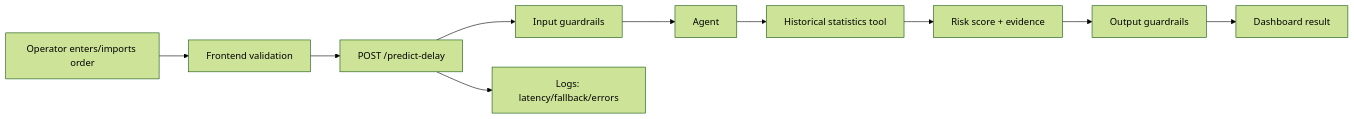
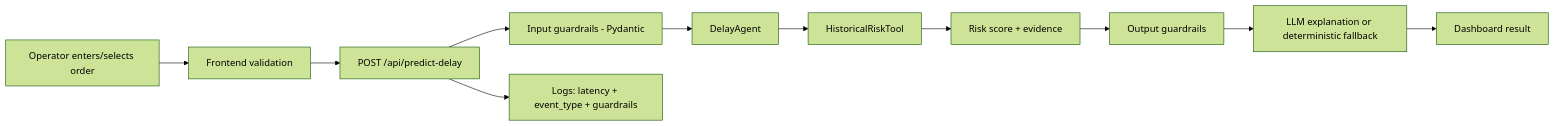
Before and after one commit to west7/projeto-final-2026-1: the second of 2 diagrams in 1-3_felipe-amorim_gabryel-nicolas_guilherme-westphall_lucas-martins/.specs/codebase/ARCHITECTURE.md, drawn with Mermaid (forest theme). The commit also changed other lines of this file and 4 other files, not shown here.

````diff
--- a/1-3_felipe-amorim_gabryel-nicolas_guilherme-westphall_lucas-martins/.specs/codebase/ARCHITECTURE.md
+++ b/1-3_felipe-amorim_gabryel-nicolas_guilherme-westphall_lucas-martins/.specs/codebase/ARCHITECTURE.md
@@ -53,12 +66,13 @@
 ```mermaid
 graph LR
-    A[Operator enters/imports order] --> B[Frontend validation]
-    B --> C[POST /predict-delay]
-    C --> D[Input guardrails]
-    D --> E[Agent]
-    E --> F[Historical statistics tool]
+    A[Operator enters/selects order] --> B[Frontend validation]
+    B --> C[POST /api/predict-delay]
+    C --> D[Input guardrails - Pydantic]
+    D --> E[DelayAgent]
+    E --> F[HistoricalRiskTool]
     F --> G[Risk score + evidence]
     G --> H[Output guardrails]
-    H --> I[Dashboard result]
-    C --> J[Logs: latency/fallback/errors]
+    H --> I[LLM explanation or deterministic fallback]
+    I --> J[Dashboard result]
+    C --> K[Logs: latency + event_type + guardrails]
 ```
````
